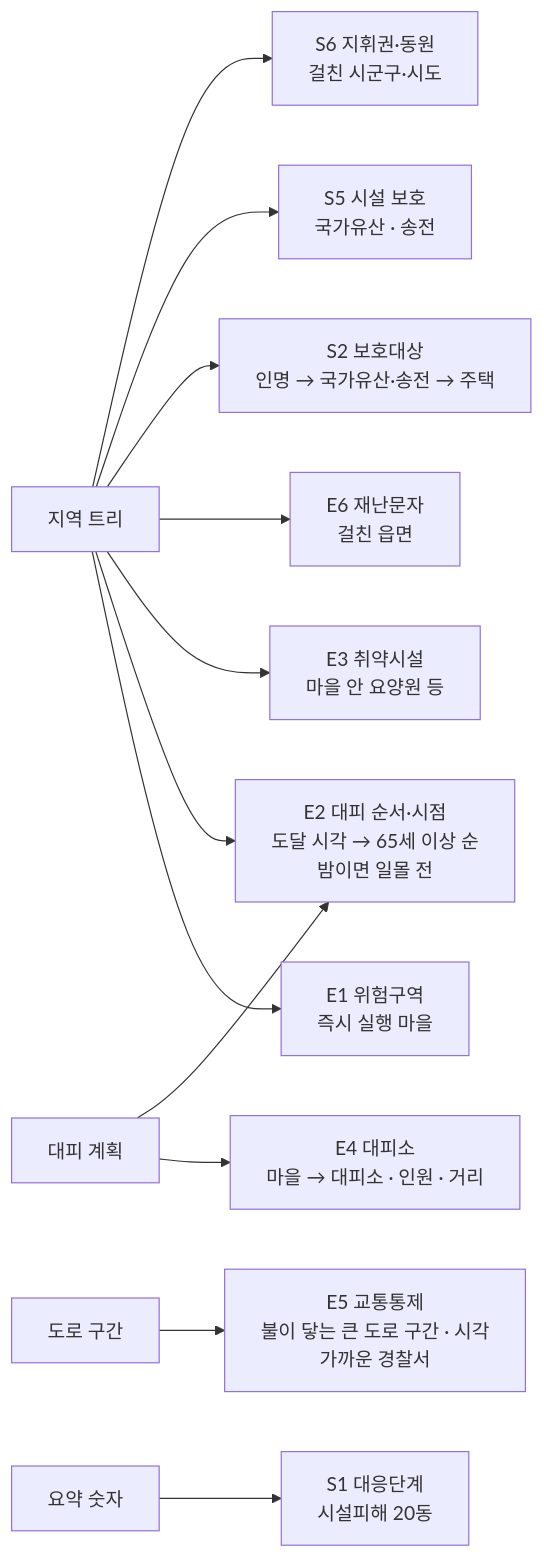
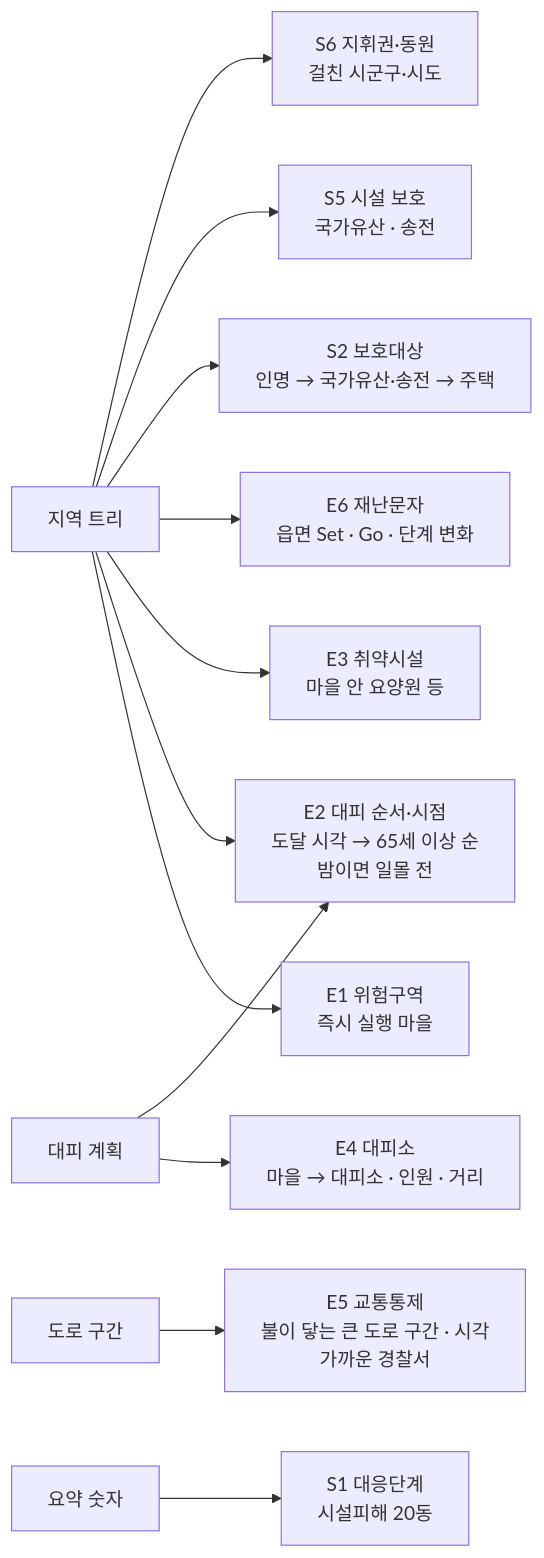
One commit to wildfire-guard-capstone/wfg-docs changed the eighth of 8 diagrams in docs/설계/규칙-엔진-설계.md. Above: the diagram before and after it, drawn with Mermaid. The commit also changed other lines of this file and 1 other file, not shown here.

First line of the commit message:
docs: 규칙 엔진 E6 재난문자·방송 전파 추가, LLM 입력 E6 확인

````diff
--- a/docs/설계/규칙-엔진-설계.md
+++ b/docs/설계/규칙-엔진-설계.md
@@ -1405,14 +1405,14 @@
 ```mermaid
 flowchart LR
     T[지역 트리] --> E1[E1 위험구역<br/>즉시 실행 마을]
     T --> E2[E2 대피 순서·시점<br/>도달 시각 → 65세 이상 순<br/>밤이면 일몰 전]
     T --> E3[E3 취약시설<br/>마을 안 요양원 등]
     EP[대피 계획] --> E4[E4 대피소<br/>마을 → 대피소 · 인원 · 거리]
     EP --> E2
     RD[도로 구간] --> E5[E5 교통통제<br/>불이 닿는 큰 도로 구간 · 시각<br/>가까운 경찰서]
-    T --> E6[E6 재난문자<br/>걸친 읍면]
+    T --> E6[E6 재난문자<br/>읍면 Set · Go · 단계 변화]
     T --> S2[S2 보호대상<br/>인명 → 국가유산·송전 → 주택]
     T --> S5[S5 시설 보호<br/>국가유산 · 송전]
     T --> S6[S6 지휘권·동원<br/>걸친 시군구·시도]
     SUM[요약 숫자] --> S1[S1 대응단계<br/>시설피해 20동]
 ```
````
